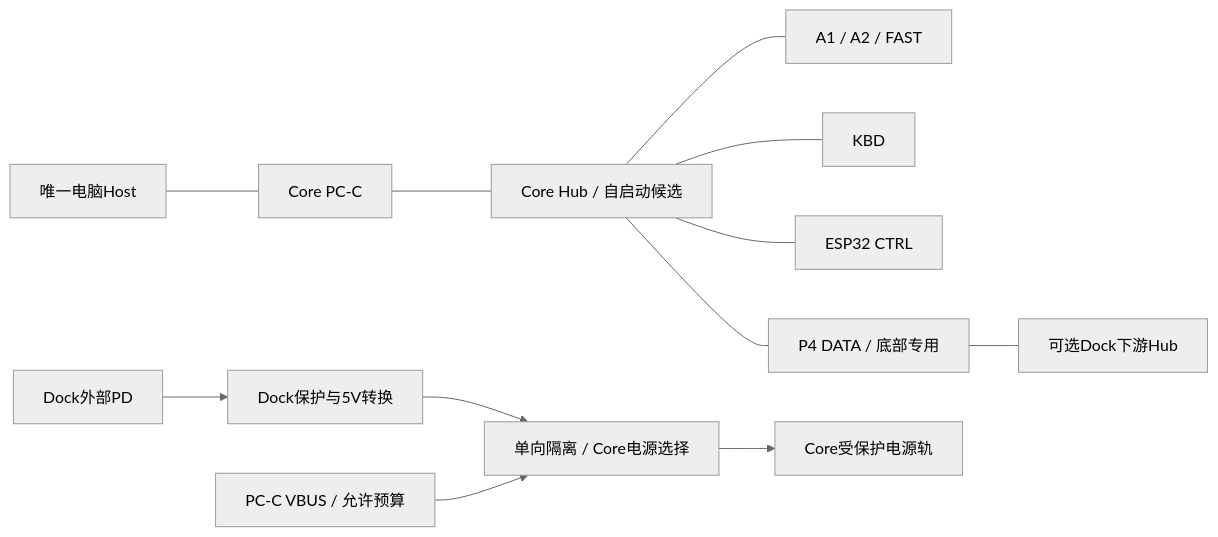
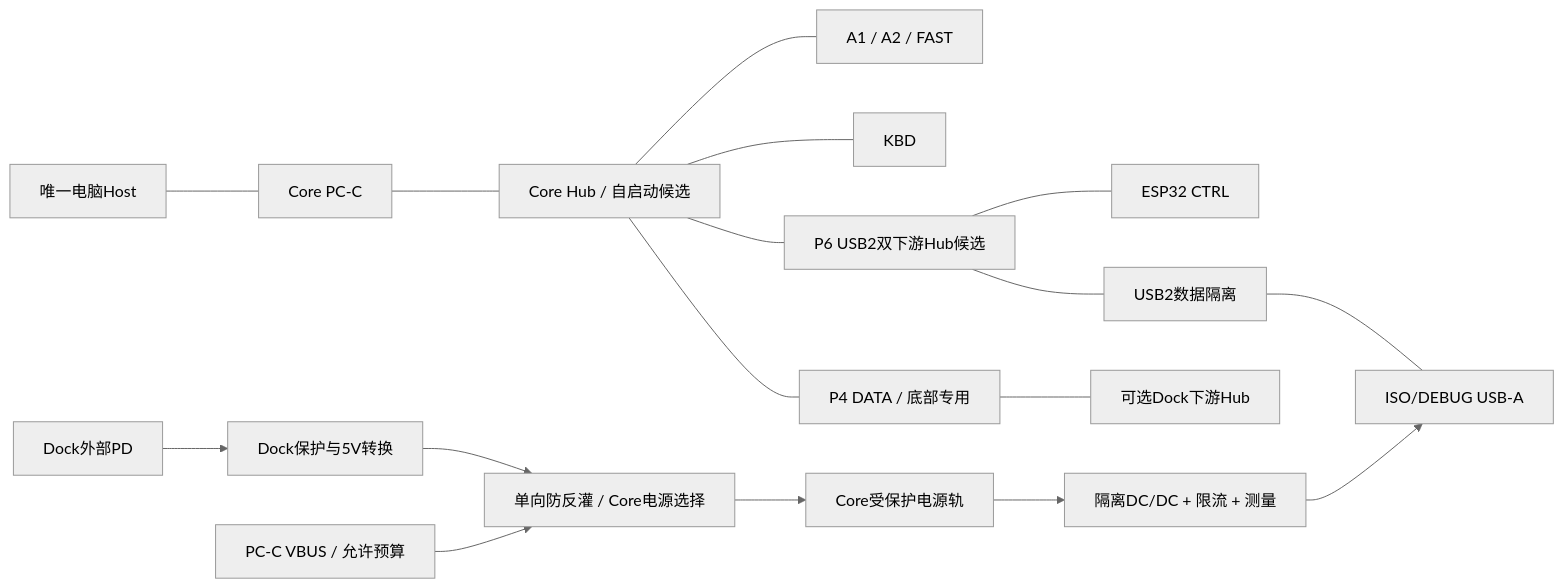
Before and after one commit to Invovel/Keyboard_as_PC-Hub: the diagram in docs/ports-and-power.md, drawn with Mermaid (neutral theme). The commit also changed other lines of this file and 99 other files, not shown here.

Commit message:
Update R3.1 design views and ISO debug placement

````diff
--- a/docs/ports-and-power.md
+++ b/docs/ports-and-power.md
@@ -18,14 +20,19 @@
 ```mermaid
 flowchart LR
  PC[唯一电脑Host] --- UP[Core PC-C]
  UP --- HUB[Core Hub / 自启动候选]
  HUB --- A[A1 / A2 / FAST]
  HUB --- K[KBD]
- HUB --- M[ESP32 CTRL]
+ HUB --- B[P6 USB2双下游Hub候选]
+ B --- M[ESP32 CTRL]
+ B --- DI[USB2数据隔离]
+ DI --- DBG[ISO/DEBUG USB-A]
  HUB --- P4[P4 DATA / 底部专用]
  P4 --- DH[可选Dock下游Hub]
  PD[Dock外部PD] --> DP[Dock保护与5V转换]
- DP --> ISO[单向隔离 / Core电源选择]
- VBUS[PC-C VBUS / 允许预算] --> ISO
- ISO --> CORE[Core受保护电源轨]
+ DP --> PSEL[单向防反灌 / Core电源选择]
+ VBUS[PC-C VBUS / 允许预算] --> PSEL
+ PSEL --> CORE[Core受保护电源轨]
+ CORE --> IP[隔离DC/DC + 限流 + 测量]
+ IP --> DBG
 ```
````
